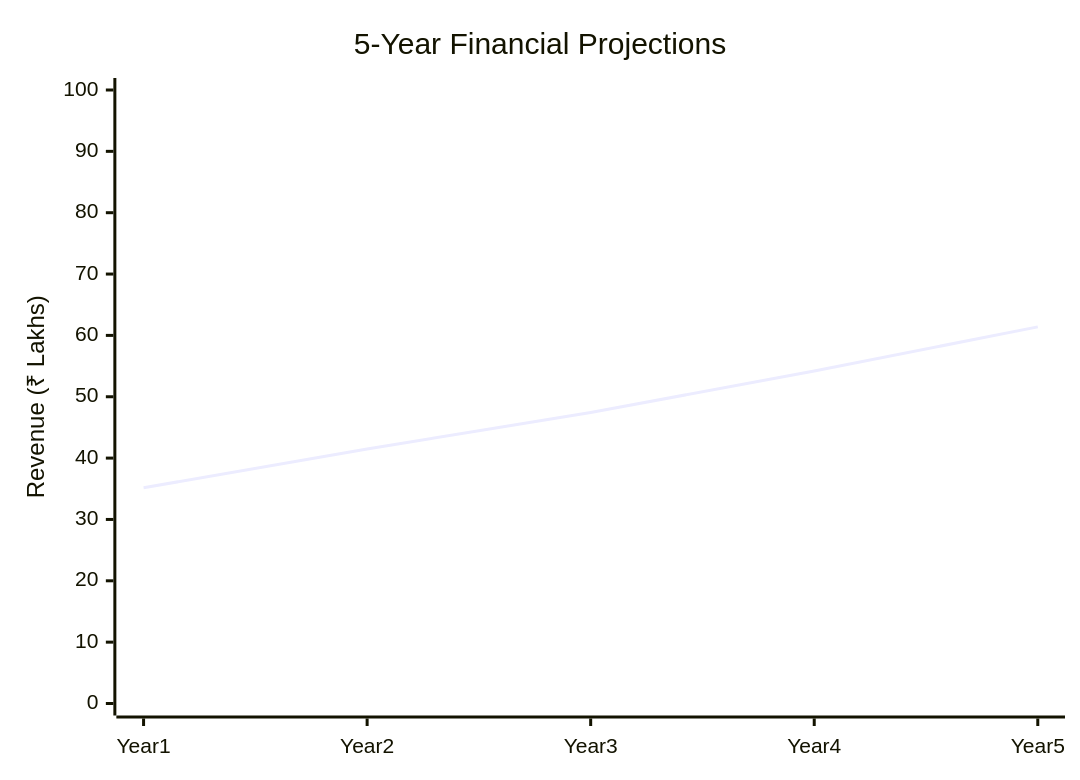
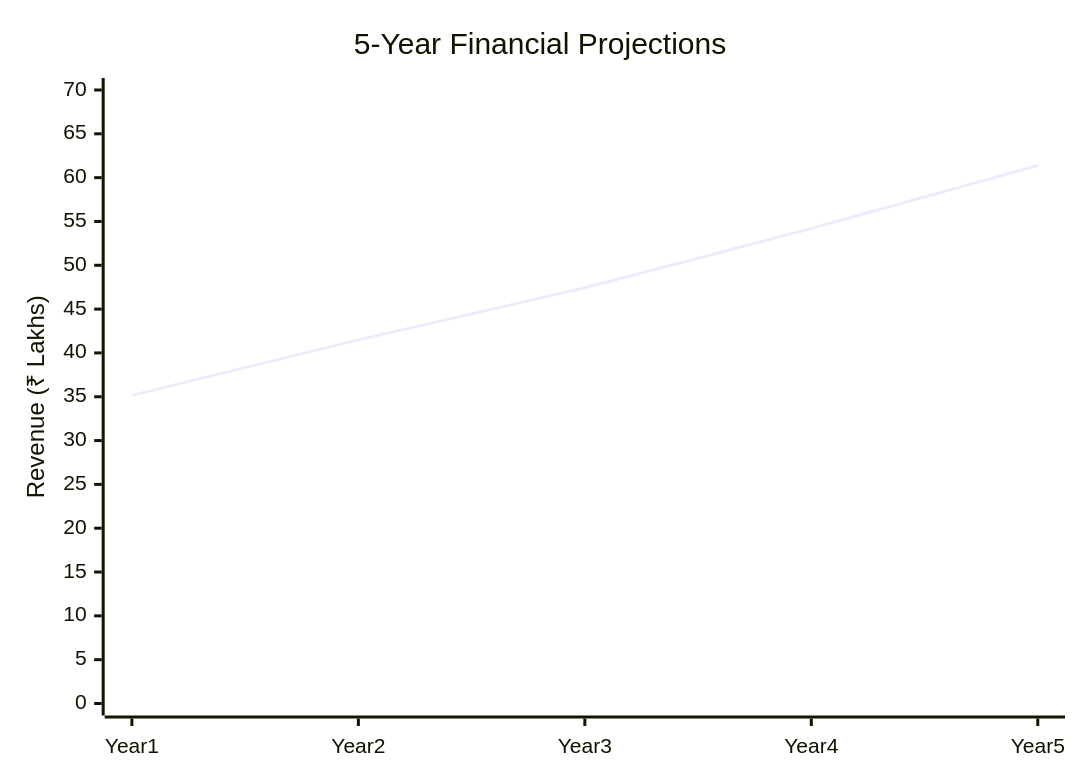
One commit to arindampradhan/pmegpeportal-programme changed diagram 13 of 15 in docs/0001_3PlyMask/Deep-Research.md. Above: the diagram before and after it, drawn with Mermaid. The commit also changed other lines of this file and 2 other files, not shown here.

````diff
--- a/docs/0001_3PlyMask/Deep-Research.md
+++ b/docs/0001_3PlyMask/Deep-Research.md
@@ -420,7 +474,7 @@
 ```mermaid
 xychart-beta
     title "5-Year Financial Projections"
     x-axis [Year 1, Year 2, Year 3, Year 4, Year 5]
-    y-axis "Revenue (₹ Lakhs)" 0 --> 100
+    y-axis "Revenue (₹ Lakhs)" 0 --> 70
     line [35.16, 41.49, 47.43, 54.19, 61.39]
 ```
````
